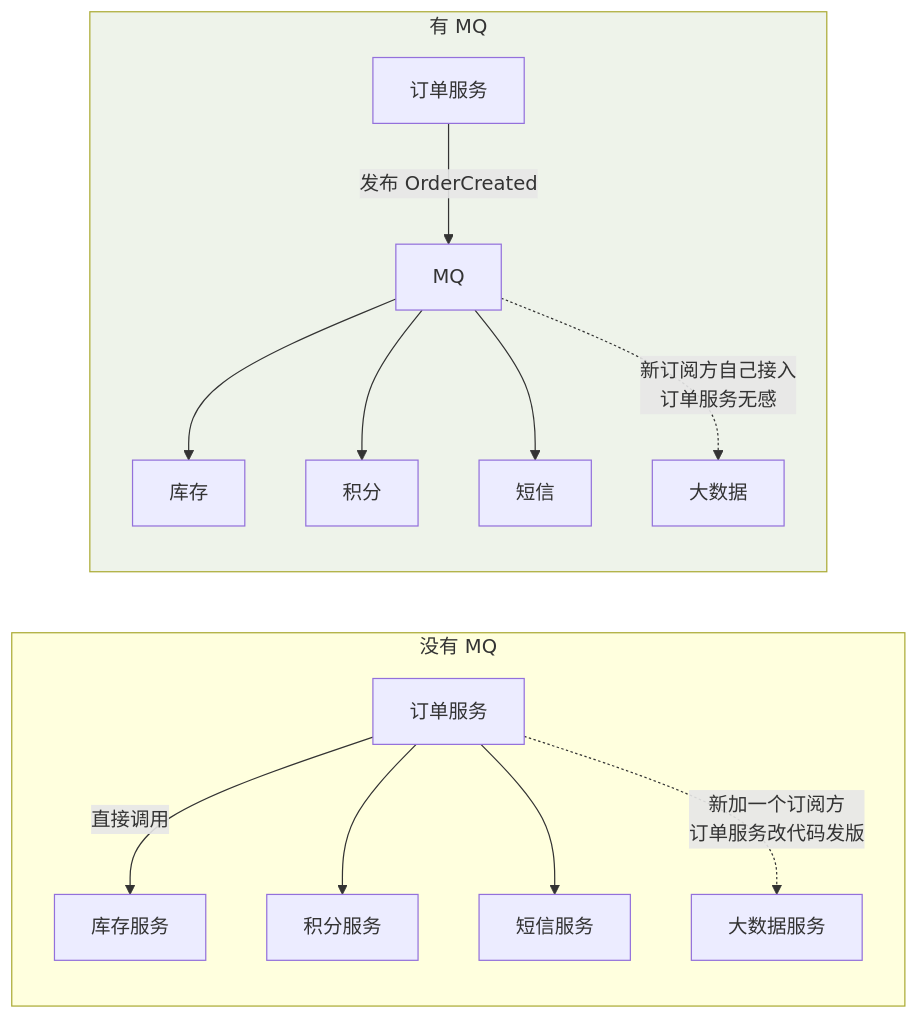
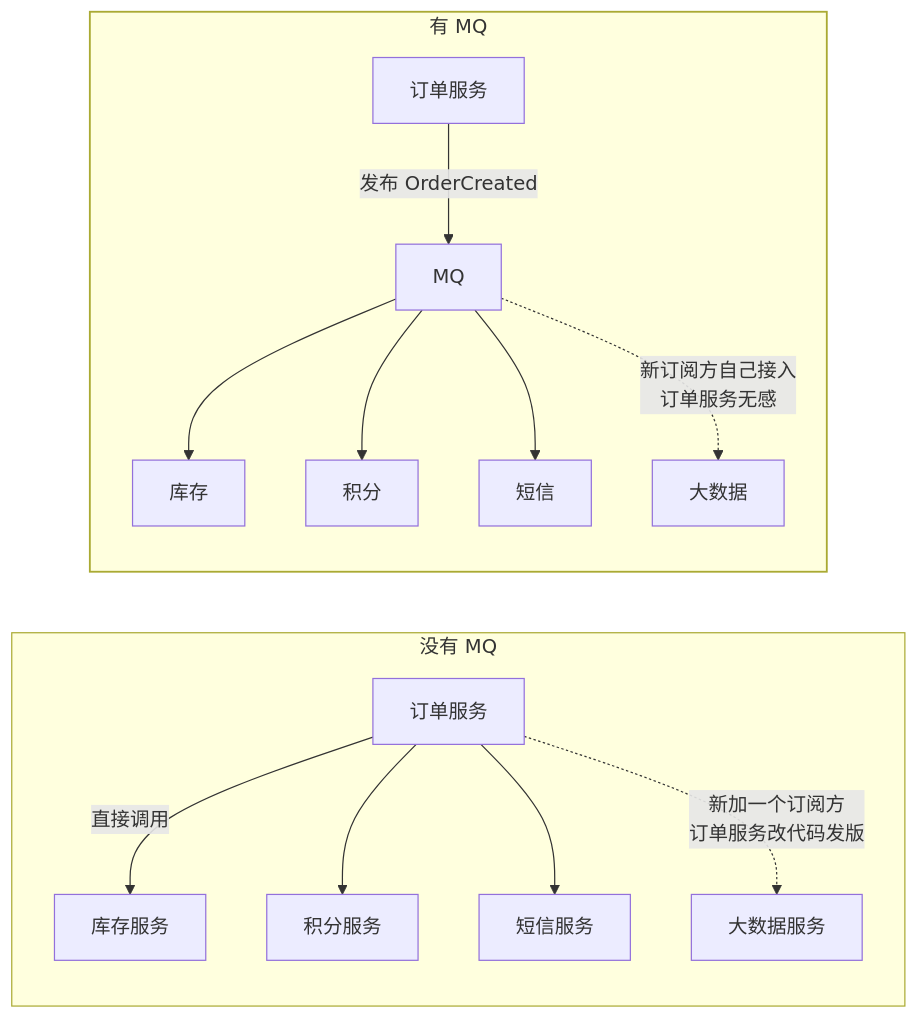
Before and after one commit to Loadhao/ascension: the first of 2 diagrams in src/content/docs/middleware/basic/mq/01-why-mq.md, drawn with Mermaid. The commit also changed other lines of this file and 87 other files, not shown here.

First line of the commit message:
fix: 全站图表配色改由主题接管，修复暗色主题下浅底浅字看不清

````diff
--- a/src/content/docs/middleware/basic/mq/01-why-mq.md
+++ b/src/content/docs/middleware/basic/mq/01-why-mq.md
@@ -12,18 +12,19 @@
 ```mermaid
 flowchart LR
     subgraph BEFORE["没有 MQ"]
         O1["订单服务"] -->|"直接调用"| S1["库存服务"]
         O1 --> S2["积分服务"]
         O1 --> S3["短信服务"]
         O1 -.->|"新加一个订阅方<br/>订单服务改代码发版"| S4["大数据服务"]
     end
     subgraph AFTER["有 MQ"]
         O2["订单服务"] -->|"发布 OrderCreated"| MQ["MQ"]
         MQ --> T1["库存"]
         MQ --> T2["积分"]
         MQ --> T3["短信"]
         MQ -.->|"新订阅方自己接入<br/>订单服务无感"| T4["大数据"]
     end
 
-    style AFTER fill:#eef3ea
+    class AFTER good
+    classDef good stroke-width:1.5px
 ```
````
